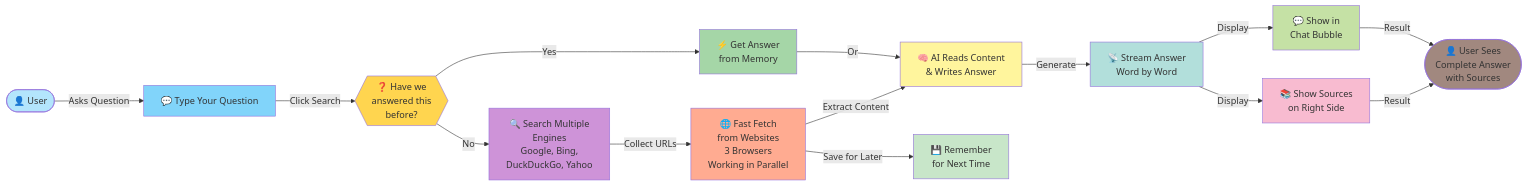
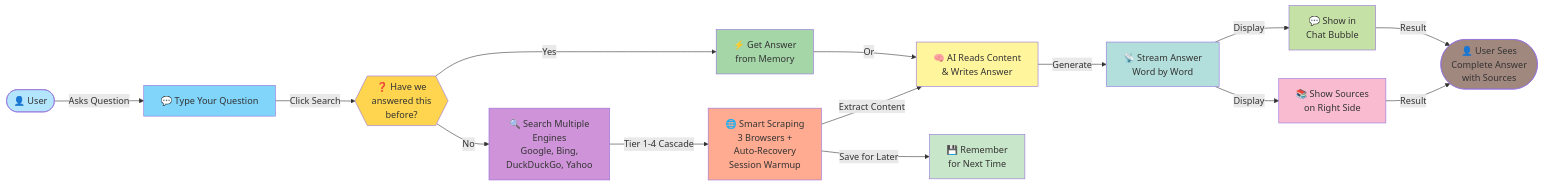
One commit to muhammad-umer8132/Agentic_research_assistant changed the first of 3 diagrams in README.md. Above: the diagram before and after it, drawn with Mermaid. The commit also changed other lines of this file, not shown here.

Commit message:
Comprehensive README update: 4-tier search (20 engines), Selenium auto-recovery, HTTP warmup, LLM continuation, Google AI Mode UI

````diff
--- a/README.md
+++ b/README.md
@@ -108,38 +113,38 @@
 ```mermaid
 flowchart LR
     Start([👤 User]) -->|Asks Question| InputBox["💬 Type Your Question"]
     
     InputBox -->|Click Search| CheckCache{{"❓ Have we<br/>answered this<br/>before?"}}
     
     CheckCache -->|Yes| UseCached["⚡ Get Answer<br/>from Memory"]
     CheckCache -->|No| MultiSearch["🔍 Search Multiple<br/>Engines<br/>Google, Bing,<br/>DuckDuckGo, Yahoo"]
     
-    MultiSearch -->|Collect URLs| FetchWebsites["🌐 Fast Fetch<br/>from Websites<br/>3 Browsers<br/>Working in Parallel"]
+    MultiSearch -->|Tier 1-4 Cascade| FetchWebsites["🌐 Smart Scraping<br/>3 Browsers +<br/>Auto-Recovery<br/>Session Warmup"]
     
     FetchWebsites -->|Extract Content| AIThinks["🧠 AI Reads Content<br/>& Writes Answer"]
     
     UseCached -->|Or| AIThinks
     
     AIThinks -->|Generate| StreamAnswer["📡 Stream Answer<br/>Word by Word"]
     
     StreamAnswer -->|Display| ChatUI["💬 Show in<br/>Chat Bubble"]
     StreamAnswer -->|Display| SourcesUI["📚 Show Sources<br/>on Right Side"]
     
     ChatUI -->|Result| End(["👤 User Sees<br/>Complete Answer<br/>with Sources"])
     SourcesUI -->|Result| End
     
     FetchWebsites -->|Save for Later| Memory["💾 Remember<br/>for Next Time"]
 
     style Start fill:#b3e5fc
     style InputBox fill:#81d4fa
     style CheckCache fill:#ffd54f
     style UseCached fill:#a5d6a7
     style MultiSearch fill:#ce93d8
     style FetchWebsites fill:#ffab91
     style AIThinks fill:#fff59d
     style StreamAnswer fill:#b2dfdb
     style ChatUI fill:#c5e1a5
     style SourcesUI fill:#f8bbd0
     style End fill:#a1887f
     style Memory fill:#c8e6c9
 ```
````
